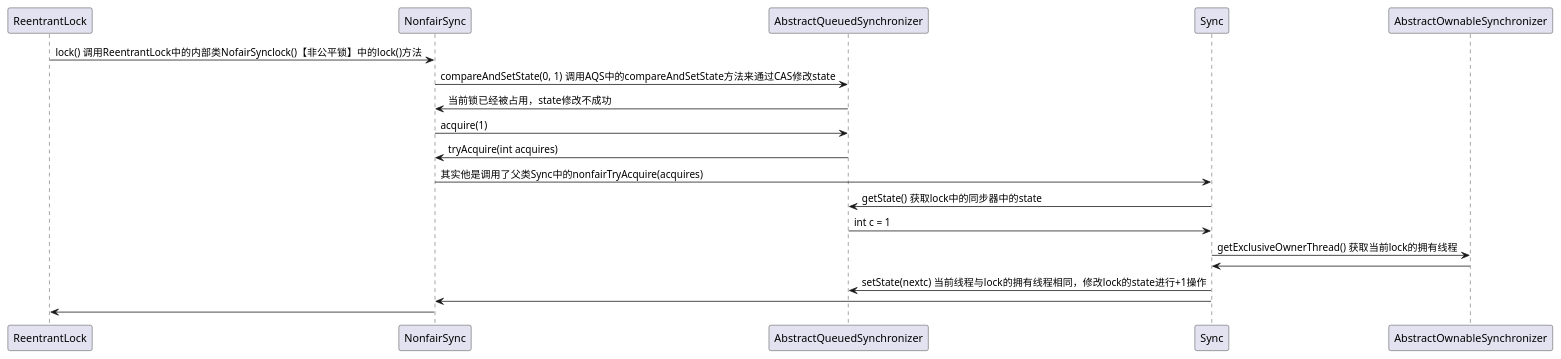
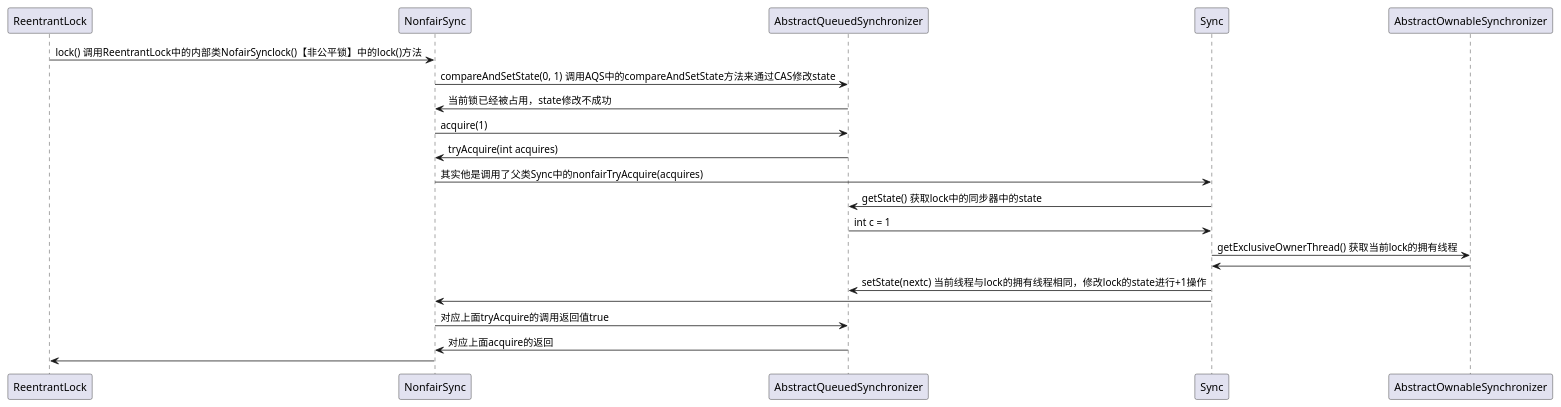
The diagram in src/main/resource/AQSonJDK8ManyLock.puml (GudaoFQ/Multithreading), drawn with PlantUML before and after one commit.

Commit message:
add fix: AQS中的1.8的lock操作

```diff
--- a/src/main/resource/AQSonJDK8ManyLock.puml
+++ b/src/main/resource/AQSonJDK8ManyLock.puml
@@ -2,16 +2,18 @@
 @startuml
 ReentrantLock -> NonfairSync : lock() 调用ReentrantLock中的内部类NofairSynclock()【非公平锁】中的lock()方法
 NonfairSync -> AbstractQueuedSynchronizer : compareAndSetState(0, 1) 调用AQS中的compareAndSetState方法来通过CAS修改state
 AbstractQueuedSynchronizer -> NonfairSync : 当前锁已经被占用，state修改不成功
 NonfairSync -> AbstractQueuedSynchronizer : acquire(1)
 AbstractQueuedSynchronizer -> NonfairSync : tryAcquire(int acquires)
 NonfairSync -> Sync : 其实他是调用了父类Sync中的nonfairTryAcquire(acquires)
 Sync -> AbstractQueuedSynchronizer : getState() 获取lock中的同步器中的state
 AbstractQueuedSynchronizer -> Sync : int c = 1
 Sync -> AbstractOwnableSynchronizer : getExclusiveOwnerThread() 获取当前lock的拥有线程
 AbstractOwnableSynchronizer -> Sync
 Sync -> AbstractQueuedSynchronizer : setState(nextc) 当前线程与lock的拥有线程相同，修改lock的state进行+1操作
 
 Sync -> NonfairSync
+NonfairSync -> AbstractQueuedSynchronizer : 对应上面tryAcquire的调用返回值true
+AbstractQueuedSynchronizer -> NonfairSync : 对应上面acquire的返回
 NonfairSync -> ReentrantLock
 @enduml
```
